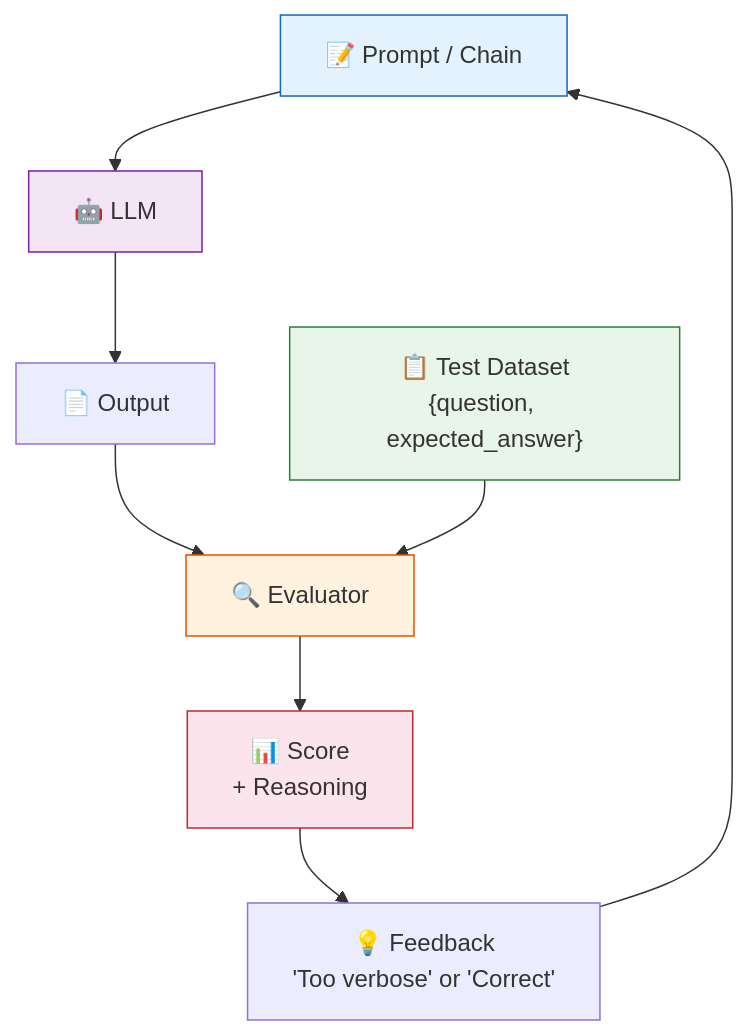
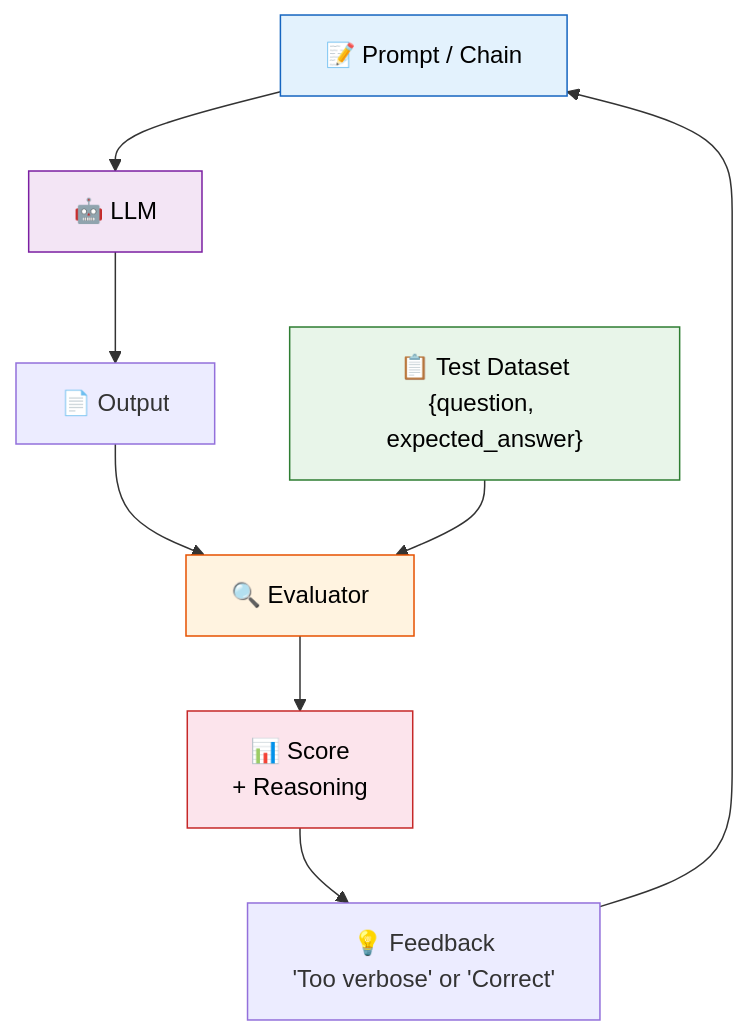
The first of 2 diagrams in 15_evaluation/README.md (remolaan/Agentic-AI-Cookbook), drawn with Mermaid before and after one commit. The commit also changed other lines of this file and 45 other files, not shown here.

Commit message:
Fix Mermaid diagram text colors for readability across all READMEs

````diff
--- a/15_evaluation/README.md
+++ b/15_evaluation/README.md
@@ -14,17 +14,17 @@
 ```mermaid
 flowchart TB
     P["📝 Prompt / Chain"] --> L["🤖 LLM"]
     L --> O["📄 Output"]
     O --> E["🔍 Evaluator"]
     
     D["📋 Test Dataset<br/>{question, expected_answer}"] --> E
     E --> S["📊 Score<br/>+ Reasoning"]
     S --> F["💡 Feedback<br/>'Too verbose' or 'Correct'"]
     F --> P
     
-    style P fill:#e3f2fd,stroke:#1565c0
-    style L fill:#f3e5f5,stroke:#7b1fa2
-    style E fill:#fff3e0,stroke:#e65100
-    style S fill:#fce4ec,stroke:#c62828
-    style D fill:#e8f5e9,stroke:#2e7d32
+    style P fill:#e3f2fd,stroke:#1565c0,color:#000000
+    style L fill:#f3e5f5,stroke:#7b1fa2,color:#000000
+    style E fill:#fff3e0,stroke:#e65100,color:#000000
+    style S fill:#fce4ec,stroke:#c62828,color:#000000
+    style D fill:#e8f5e9,stroke:#2e7d32,color:#000000
 ```
````
